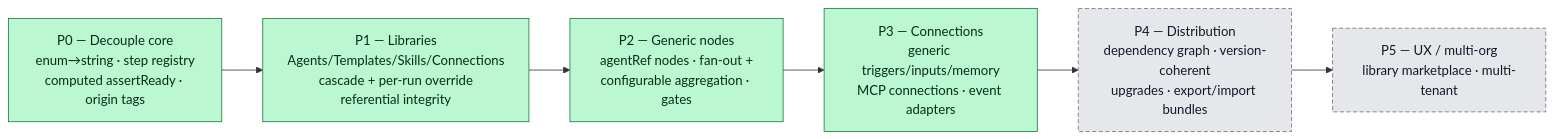
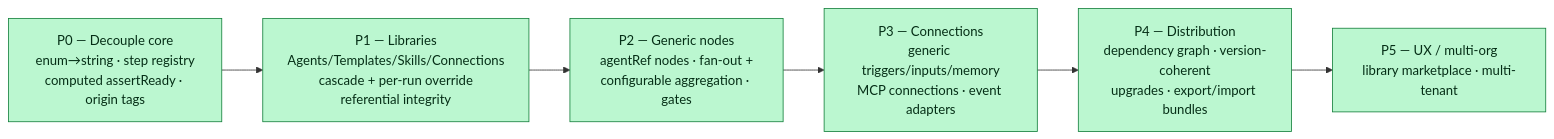
Before and after one commit to yorch/auto-swe: the eighth of 9 diagrams in docs/platform-pivot.md, drawn with Mermaid. The commit also changed other lines of this file and 39 other files, not shown here.

````diff
--- a/docs/platform-pivot.md
+++ b/docs/platform-pivot.md
@@ -674,16 +685,14 @@
 ```mermaid
 flowchart LR
     p0["P0 — Decouple core<br/>enum→string · step registry<br/>computed assertReady · origin tags"]
     p1["P1 — Libraries<br/>Agents/Templates/Skills/Connections<br/>cascade + per-run override<br/>referential integrity"]
     p2["P2 — Generic nodes<br/>agentRef nodes · fan-out +<br/>configurable aggregation · gates"]
     p3["P3 — Connections<br/>generic triggers/inputs/memory<br/>MCP connections · event adapters"]
     p4["P4 — Distribution<br/>dependency graph · version-coherent<br/>upgrades · export/import bundles"]
     p5["P5 — UX / multi-org<br/>library marketplace · multi-tenant"]
 
     p0 --> p1 --> p2 --> p3 --> p4 --> p5
 
     classDef committed fill:#bbf7d0,stroke:#15803d,color:#052e16;
-    classDef deferred fill:#e5e7eb,stroke:#6b7280,color:#111827,stroke-dasharray: 5 3;
-    class p0,p1,p2,p3 committed;
-    class p4,p5 deferred;
+    class p0,p1,p2,p3,p4,p5 committed;
 ```
````
